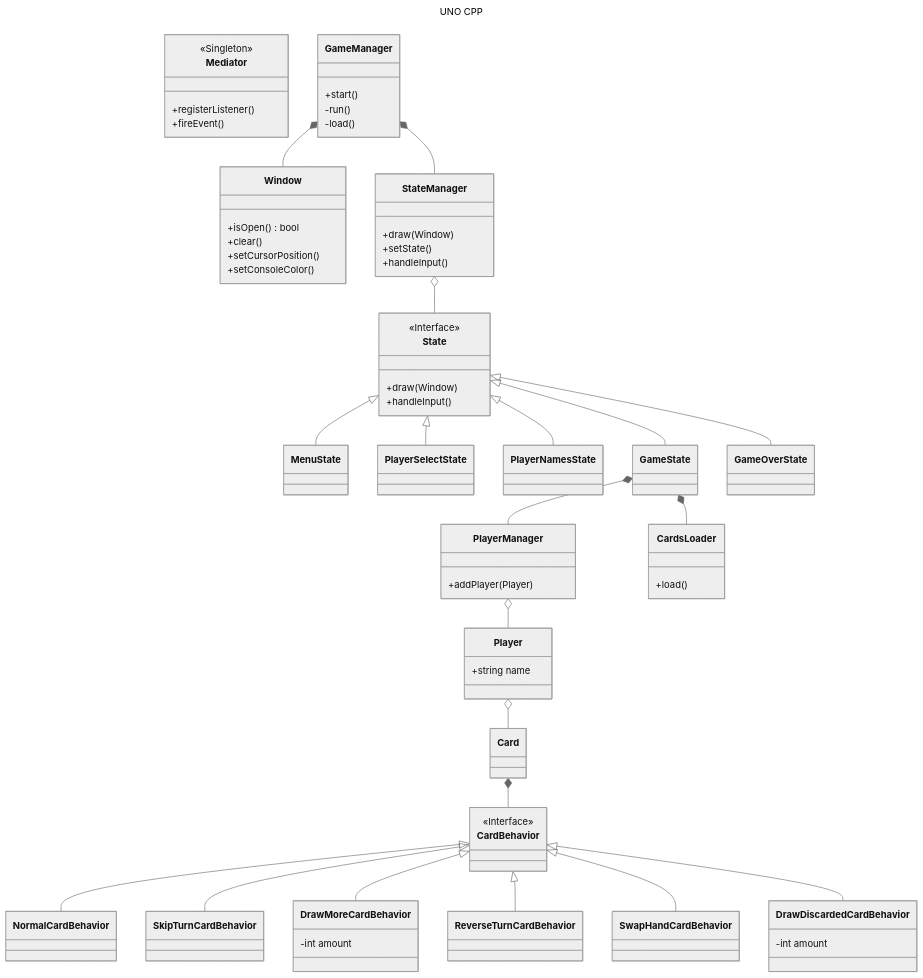
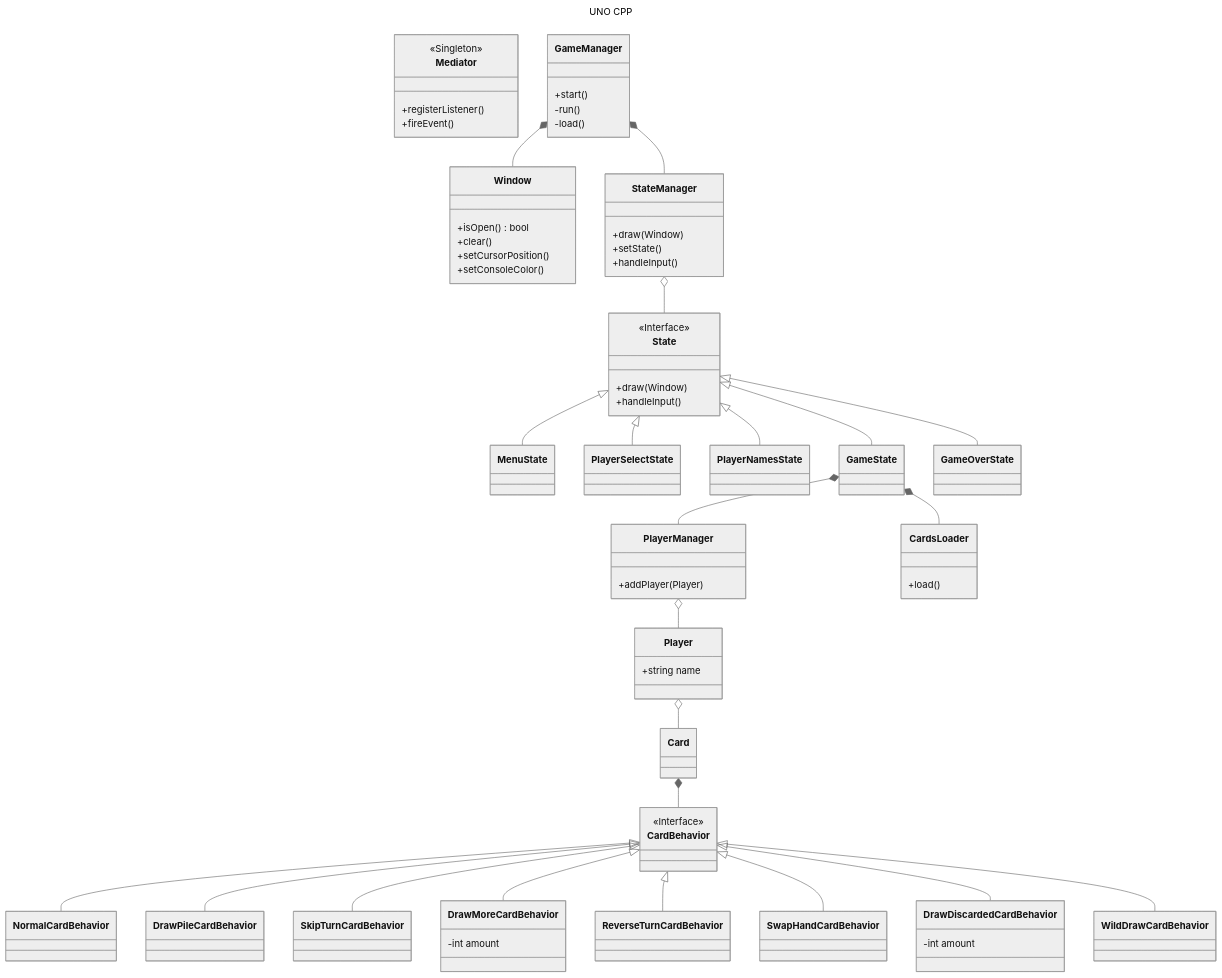
The diagram in README.md (rafael-f/simpleunocpp), drawn with Mermaid (neutral theme) before and after one commit.

Commit message:
Update README.md
Added 2 missing behaviors

```diff
--- a/README.md
+++ b/README.md
@@ -99,11 +99,13 @@
     Card *-- CardBehavior
 
     CardBehavior <|-- NormalCardBehavior
+    CardBehavior <|-- DrawPileCardBehavior
     CardBehavior <|-- SkipTurnCardBehavior
     CardBehavior <|-- DrawMoreCardBehavior
     CardBehavior <|-- ReverseTurnCardBehavior
     CardBehavior <|-- SwapHandCardBehavior
     CardBehavior <|-- DrawDiscardedCardBehavior
+    CardBehavior <|-- WildDrawCardBehavior
 
     PlayerManager o-- Player
 
```
